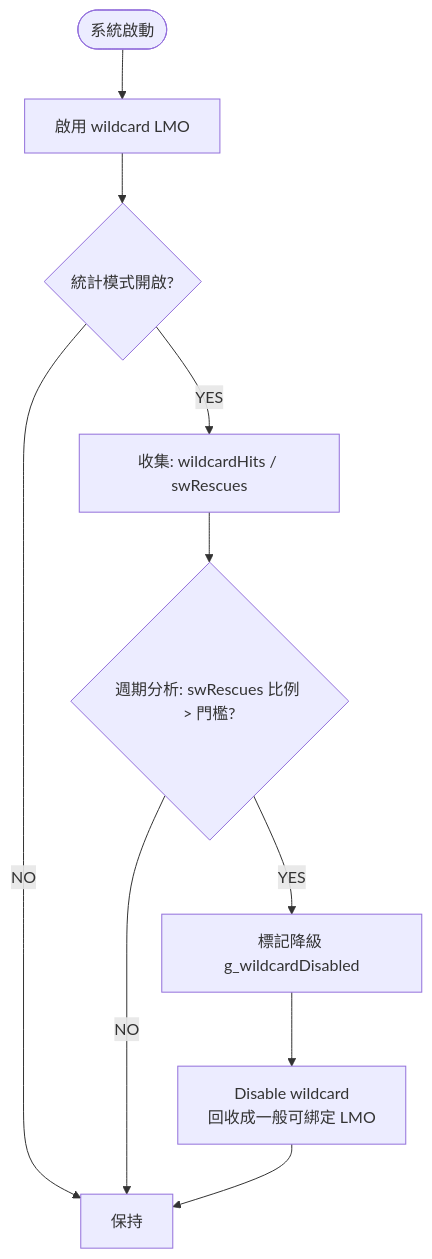
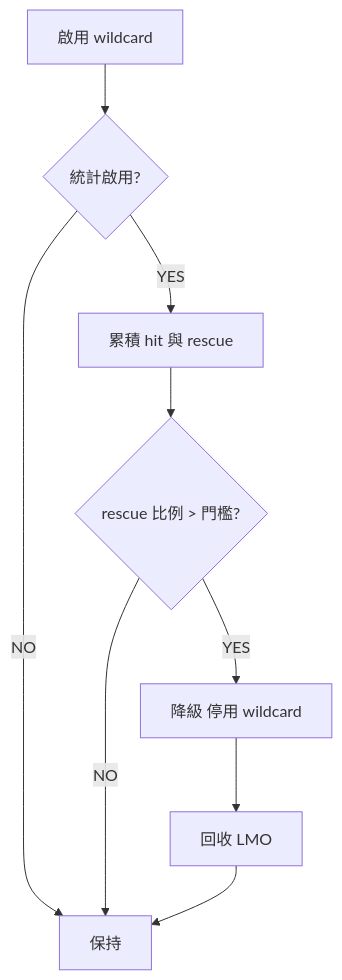
Before and after one commit to benchen2001/CANopen-XMC4800: the eighth of 13 diagrams in 流程圖.md, drawn with Mermaid. The commit also changed other lines of this file, not shown here.

````diff
--- a/流程圖.md
+++ b/流程圖.md
@@ -184,12 +181,11 @@
 ```mermaid
 flowchart TD
-    A([系統啟動]) --> B[啟用 wildcard LMO]
-    B --> C{統計模式開啟?}
-    C -->|NO| Z[直接使用]
-    C -->|YES| D[收集: wildcardHits / swRescues]
-    D --> E{週期分析: swRescues 比例 > 門檻?}
-    E -->|NO| Z[保持]
-    E -->|YES| F[標記降級 g_wildcardDisabled]
-    F --> G[Disable wildcard\n 回收成一般可綁定 LMO]
-    G --> Z
+    A[啟用 wildcard] --> B{統計啟用?}
+    B -->|NO| Z[直接使用]
+    B -->|YES| C[累積 hit 與 rescue]
+    C --> D{rescue 比例 > 門檻?}
+    D -->|NO| Z[保持]
+    D -->|YES| E[降級 停用 wildcard]
+    E --> F[回收 LMO]
+    F --> Z
 ```
````
